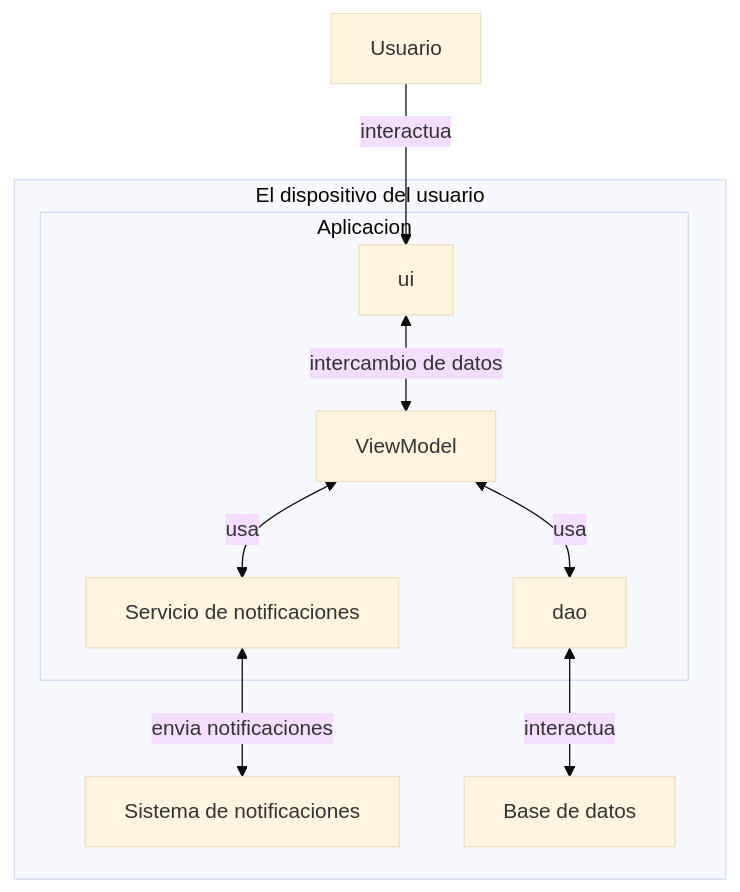
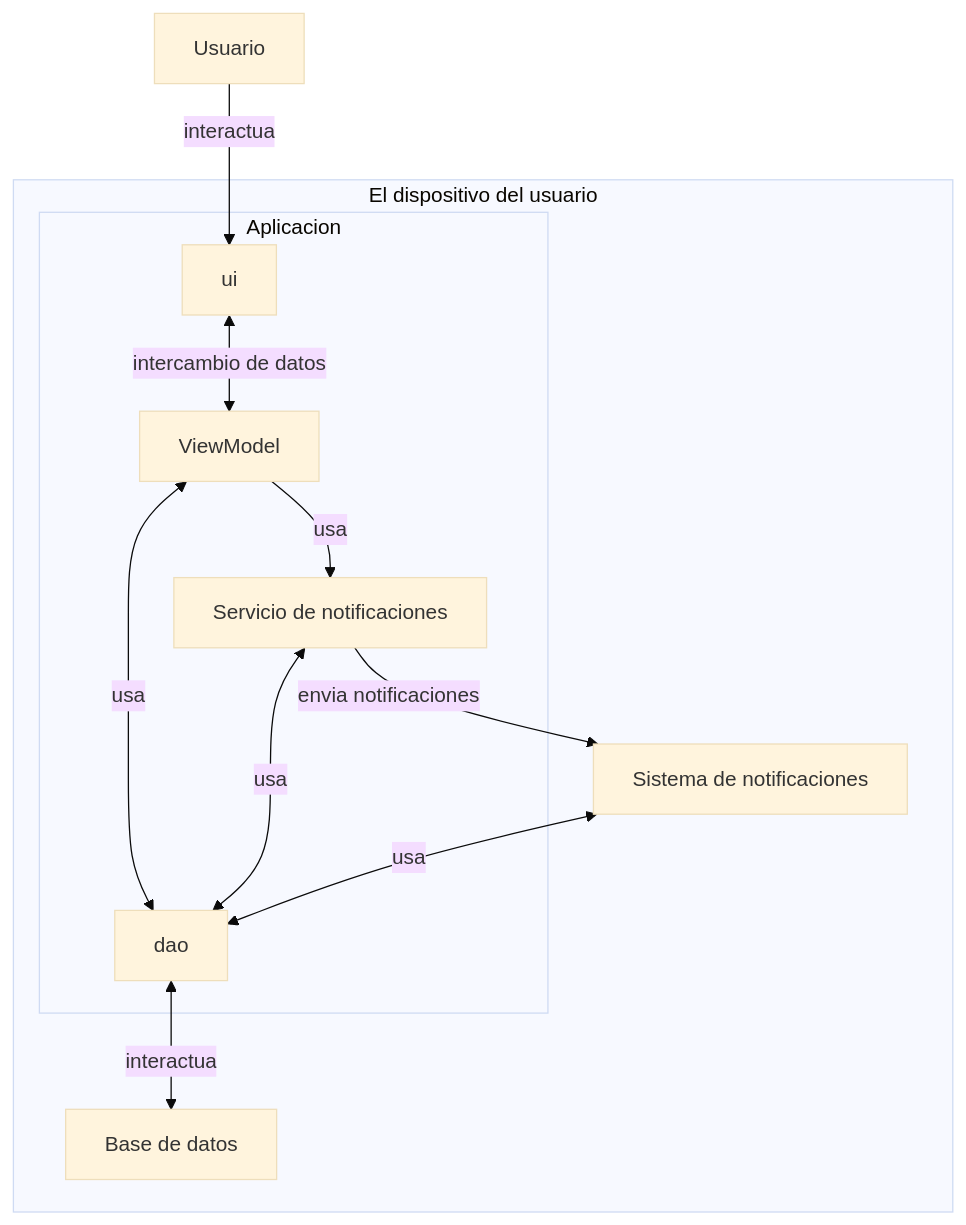
Before and after one commit to a19albertons/Tus-Tareas: the first of 4 diagrams in doc/templates/3_deseño.md, drawn with Mermaid (base theme). The commit also changed other lines of this file, not shown here.

Commit message:
Actualización diseño con tabla para notificaciones

````diff
--- a/doc/templates/3_deseño.md
+++ b/doc/templates/3_deseño.md
@@ -7,26 +7,29 @@
 ```mermaid
 flowchart TB
     %% tu
     Cliente[Usuario]
 
     %% app
     subgraph El dispositivo del usuario
         subgraph Aplicacion
             ui[ui]
             ViewModel[ViewModel]
             dao[dao]
             ServicioDeNotificaciones[Servicio de notificaciones]
         end
         SistemaDeNotificaciones[Sistema de notificaciones]
         BD[Base de datos]
     end
 
     %% relaciones
-    Cliente -->|interactua| ui
-    ui <-->|intercambio de datos| ViewModel
-    ViewModel <-->|usa| dao
-    dao <-->|interactua| BD
-    ViewModel <-->|usa| ServicioDeNotificaciones
-    ServicioDeNotificaciones <-->|envia notificaciones| SistemaDeNotificaciones
+    Cliente --> |interactua| ui
+    ui <--> |intercambio de datos| ViewModel
+    ViewModel <--> |usa| dao
+    dao <--> |interactua| BD
+    ViewModel --> |usa| ServicioDeNotificaciones
+    ServicioDeNotificaciones --> |envia notificaciones| SistemaDeNotificaciones
+    ServicioDeNotificaciones <--> |usa| dao
+    SistemaDeNotificaciones <--> |usa| dao
+
     
 ```
````
